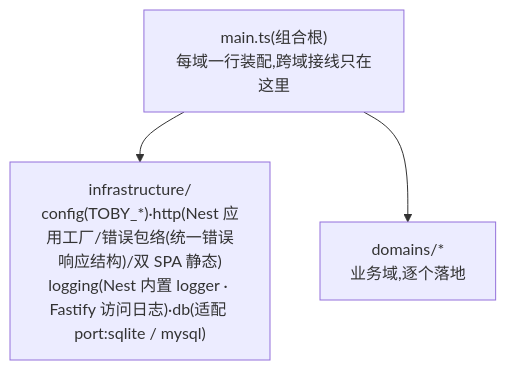
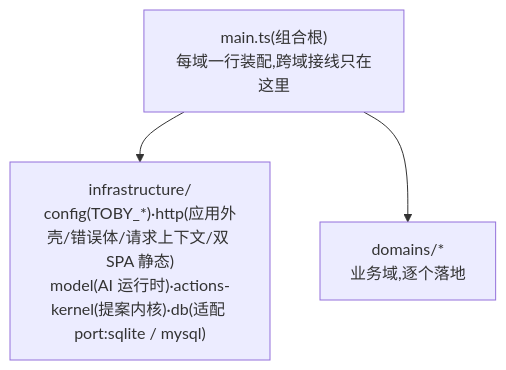
One commit to dengyusys/toby changed the third of 3 diagrams in docs/system-overview.zh.md. Above: the diagram before and after it, drawn with Mermaid. The commit also changed other lines of this file and 129 other files, not shown here.

````diff
--- a/docs/system-overview.zh.md
+++ b/docs/system-overview.zh.md
@@ -114,8 +114,8 @@
 ```mermaid
 flowchart TB
     BOOT["main.ts(组合根)<br/>每域一行装配,跨域接线只在这里"]
-    INFRA["infrastructure/<br/>config(TOBY_*)·http(Nest 应用工厂/错误包络(统一错误响应结构)/双 SPA 静态)<br/>logging(Nest 内置 logger · Fastify 访问日志)·db(适配 port:sqlite / mysql)"]
+    INFRA["infrastructure/<br/>config(TOBY_*)·http(应用外壳/错误体/请求上下文/双 SPA 静态)<br/>model(AI 运行时)·actions-kernel(提案内核)·db(适配 port:sqlite / mysql)"]
     DOM["domains/*<br/>业务域,逐个落地"]
     BOOT --> INFRA
     BOOT --> DOM
 ```
````
